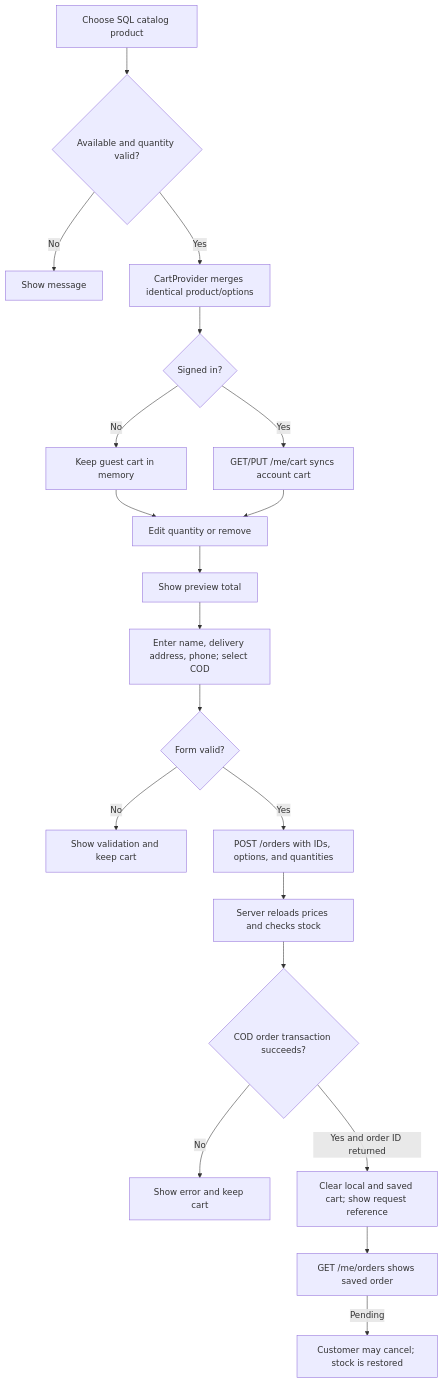
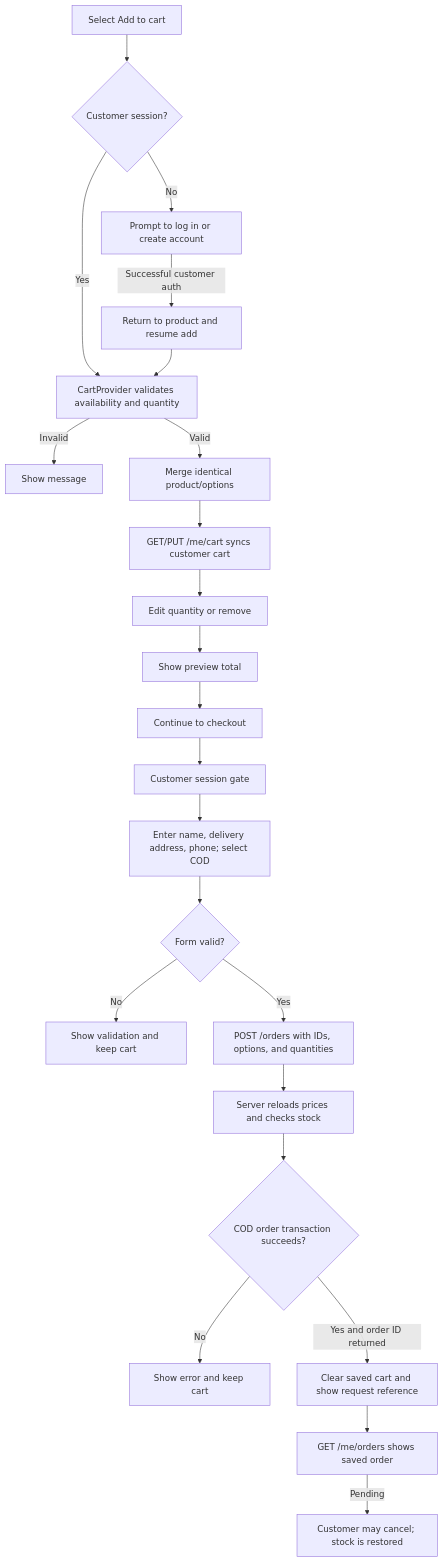
The third of 6 diagrams in docs/SYSTEM_FLOW.md (EARL146/app-), drawn with Mermaid before and after one commit. The commit also changed other lines of this file and 23 other files, not shown here.

Commit message:
Checkpoint guest-first catalog and account prompts

````diff
--- a/docs/SYSTEM_FLOW.md
+++ b/docs/SYSTEM_FLOW.md
@@ -61,22 +73,25 @@
 ```mermaid
 flowchart TD
-    A[Choose SQL catalog product] --> B{Available and quantity valid?}
-    B -->|No| C[Show message]
-    B -->|Yes| D[CartProvider merges identical product/options]
-    D --> E{Signed in?}
-    E -->|No| F[Keep guest cart in memory]
-    E -->|Yes| G[GET/PUT /me/cart syncs account cart]
-    F --> H[Edit quantity or remove]
-    G --> H
-    H --> I[Show preview total]
-    I --> J[Enter name, delivery address, phone; select COD]
-    J --> K{Form valid?}
-    K -->|No| L[Show validation and keep cart]
-    K -->|Yes| M[POST /orders with IDs, options, and quantities]
-    M --> N[Server reloads prices and checks stock]
-    N --> O{COD order transaction succeeds?}
-    O -->|No| P[Show error and keep cart]
-    O -->|Yes and order ID returned| Q[Clear local and saved cart; show request reference]
-    Q --> R[GET /me/orders shows saved order]
-    R -->|Pending| S[Customer may cancel; stock is restored]
+    A[Select Add to cart] --> B{Customer session?}
+    B -->|No| C[Prompt to log in or create account]
+    C -->|Successful customer auth| D[Return to product and resume add]
+    B -->|Yes| E[CartProvider validates availability and quantity]
+    D --> E
+    E -->|Invalid| F[Show message]
+    E -->|Valid| G[Merge identical product/options]
+    G --> H[GET/PUT /me/cart syncs customer cart]
+    H --> I[Edit quantity or remove]
+    I --> J[Show preview total]
+    J --> K[Continue to checkout]
+    K --> L[Customer session gate]
+    L --> M[Enter name, delivery address, phone; select COD]
+    M --> N{Form valid?}
+    N -->|No| O[Show validation and keep cart]
+    N -->|Yes| P[POST /orders with IDs, options, and quantities]
+    P --> Q[Server reloads prices and checks stock]
+    Q --> R{COD order transaction succeeds?}
+    R -->|No| S[Show error and keep cart]
+    R -->|Yes and order ID returned| T[Clear saved cart and show request reference]
+    T --> U[GET /me/orders shows saved order]
+    U -->|Pending| V[Customer may cancel; stock is restored]
 ```
````
